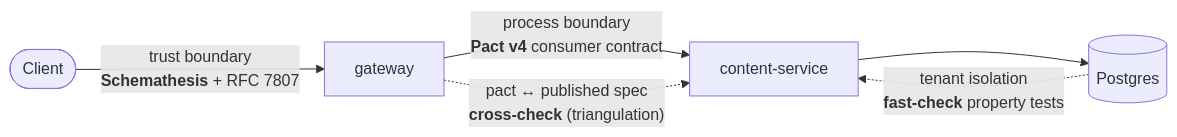
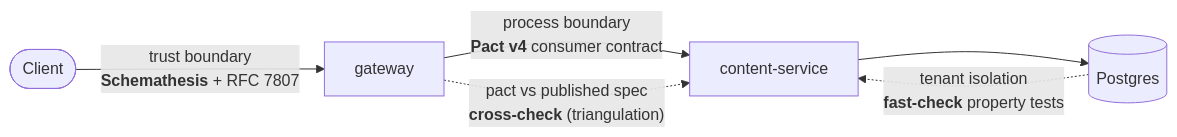
Before and after one commit to mariusargatu/QARoom: the diagram in README.md, drawn with Mermaid. The commit also changed other lines of this file and 64 other files, not shown here.

First line of the commit message:
feat: falsifiable-claims front-door and a testing-as-architecture docs pass

````diff
--- a/README.md
+++ b/README.md
@@ -22,14 +33,14 @@
 ```mermaid
 flowchart LR
     Client([Client])
     Gateway[gateway]
     Content[content-service]
     DB[(Postgres)]
 
     Client -->|"trust boundary<br/><b>Schemathesis</b> + RFC 7807"| Gateway
     Gateway -->|"process boundary<br/><b>Pact v4</b> consumer contract"| Content
     Content --> DB
 
-    Gateway -.->|"pact ↔ published spec<br/><b>cross-check</b> (triangulation)"| Content
+    Gateway -.->|"pact vs published spec<br/><b>cross-check</b> (triangulation)"| Content
     DB -.->|"tenant isolation<br/><b>fast-check</b> property tests"| Content
 ```
````
